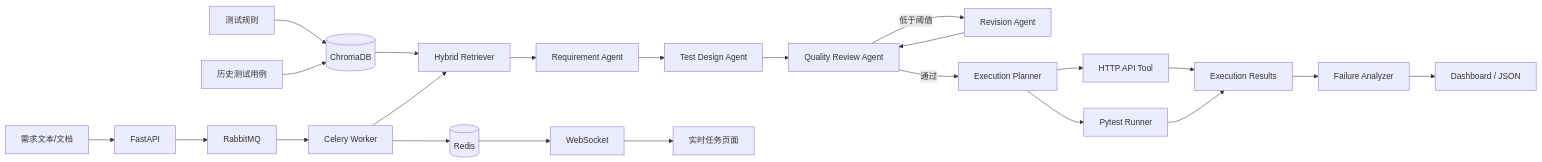
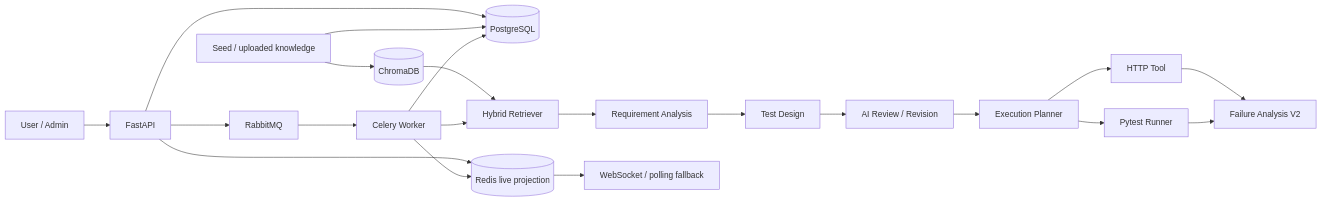
The diagram in docs/architecture.md (xingqianyue268-alt/req2test-agent), drawn with Mermaid before and after one commit. The commit also changed other lines of this file and 5 other files, not shown here.

````diff
--- a/docs/architecture.md
+++ b/docs/architecture.md
@@ -9,29 +9,23 @@
 ```mermaid
 flowchart LR
-    U[需求文本/文档] --> API[FastAPI]
+    U[User / Admin] --> API[FastAPI]
+    API --> PG[(PostgreSQL)]
+    API --> R[(Redis live projection)]
     API --> MQ[RabbitMQ]
     MQ --> W[Celery Worker]
-
-    Rules[测试规则] --> VDB[(ChromaDB)]
-    Cases[历史测试用例] --> VDB
-    VDB --> RAG[Hybrid Retriever]
-
+    K[Seed / uploaded knowledge] --> PG
+    K --> C[(ChromaDB)]
+    C --> RAG[Hybrid Retriever]
     W --> RAG
-    RAG --> A[Requirement Agent]
-    A --> D[Test Design Agent]
-    D --> R[Quality Review Agent]
-    R -->|低于阈值| RV[Revision Agent]
-    RV --> R
-
-    R -->|通过| P[Execution Planner]
-    P --> HT[HTTP API Tool]
-    P --> PT[Pytest Runner]
-    HT --> ER[Execution Results]
-    PT --> ER
-    ER --> FA[Failure Analyzer]
-    FA --> OUT[Dashboard / JSON]
-
-    W --> Redis[(Redis)]
-    Redis --> WS[WebSocket]
-    WS --> UI[实时任务页面]
+    RAG --> A[Requirement Analysis]
+    A --> D[Test Design]
+    D --> Q[AI Review / Revision]
+    Q --> E[Execution Planner]
+    E --> H[HTTP Tool]
+    E --> P[Pytest Runner]
+    H --> F[Failure Analysis V2]
+    P --> F
+    W --> PG
+    W --> R
+    R --> WS[WebSocket / polling fallback]
 ```
````
